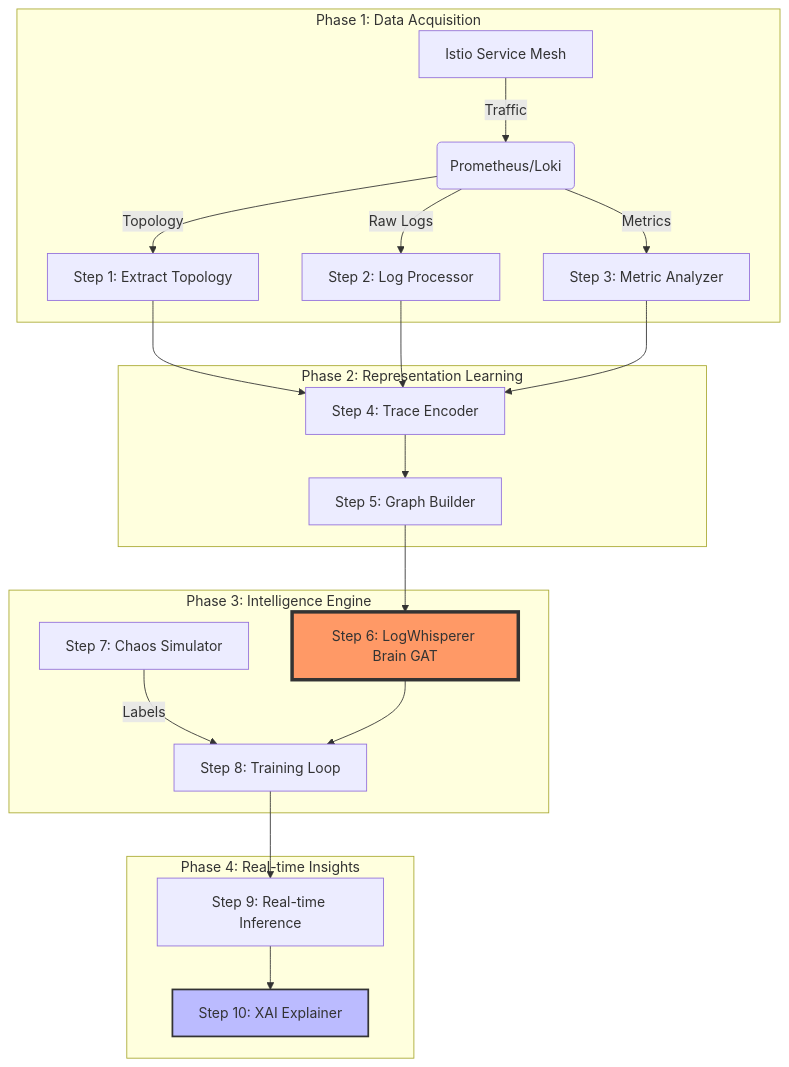
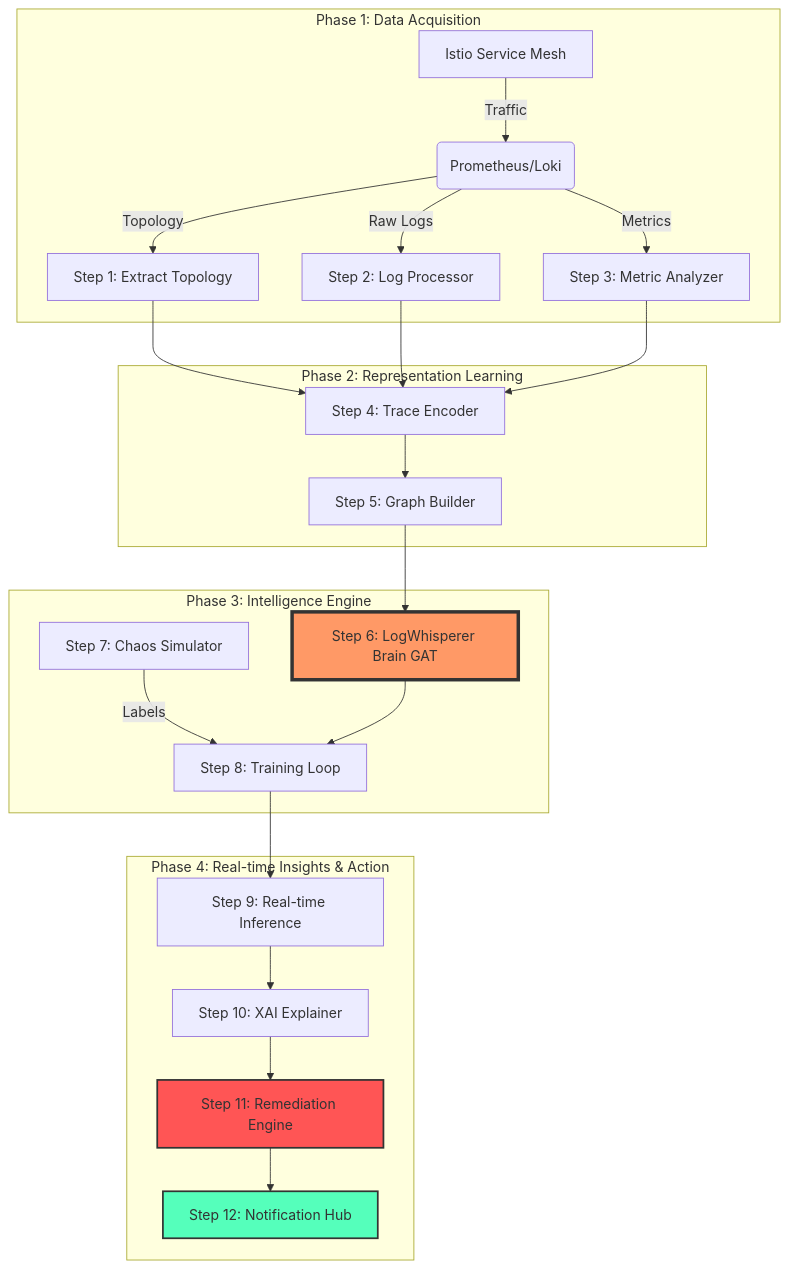
Before and after one commit to ankushsingh003/LogWhisperer: the diagram in README.md, drawn with Mermaid. The commit also changed other lines of this file and 4 other files, not shown here.

Commit message:
Add industrial features: Remediation Engine and Notification Hub

````diff
--- a/README.md
+++ b/README.md
@@ -13,28 +13,31 @@
 ```mermaid
 graph TD
     subgraph "Phase 1: Data Acquisition"
         A[Istio Service Mesh] -->|Traffic| B(Prometheus/Loki)
         B -->|Topology| S1[Step 1: Extract Topology]
         B -->|Raw Logs| S2[Step 2: Log Processor]
         B -->|Metrics| S3[Step 3: Metric Analyzer]
     end
 
     subgraph "Phase 2: Representation Learning"
         S1 & S2 & S3 --> S4[Step 4: Trace Encoder]
         S4 --> S5[Step 5: Graph Builder]
     end
 
     subgraph "Phase 3: Intelligence Engine"
         S5 --> S6[Step 6: LogWhisperer Brain GAT]
         S7[Step 7: Chaos Simulator] -->|Labels| S8[Step 8: Training Loop]
         S6 --> S8
     end
 
-    subgraph "Phase 4: Real-time Insights"
+    subgraph "Phase 4: Real-time Insights & Action"
         S8 --> S9[Step 9: Real-time Inference]
         S9 --> S10[Step 10: XAI Explainer]
+        S10 --> S11[Step 11: Remediation Engine]
+        S11 --> S12[Step 12: Notification Hub]
     end
 
     style S6 fill:#f96,stroke:#333,stroke-width:4px
-    style S10 fill:#bbf,stroke:#333,stroke-width:2px
+    style S11 fill:#f55,stroke:#333,stroke-width:2px
+    style S12 fill:#5fb,stroke:#333,stroke-width:2px
 ```
````
